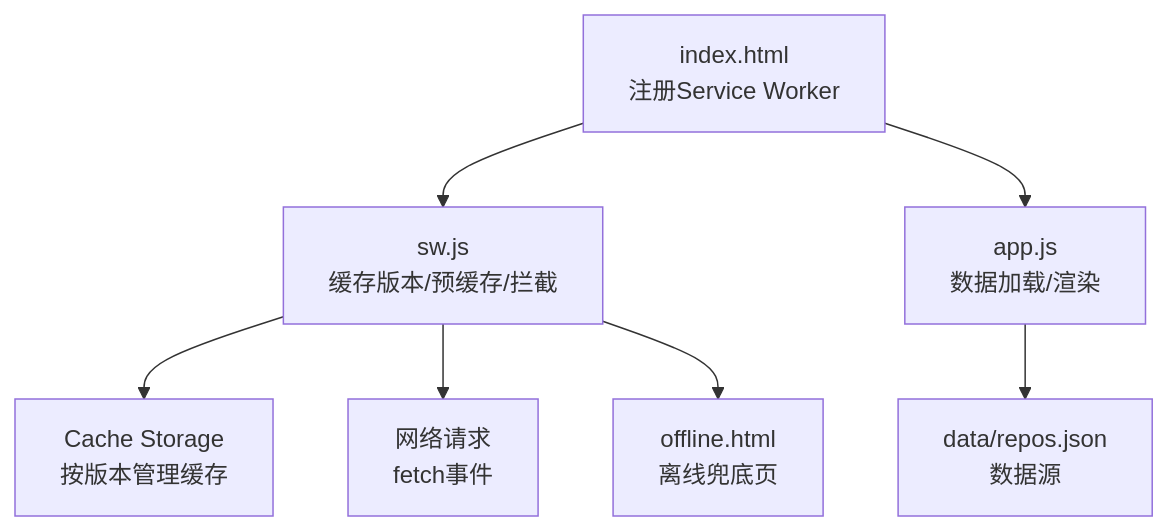
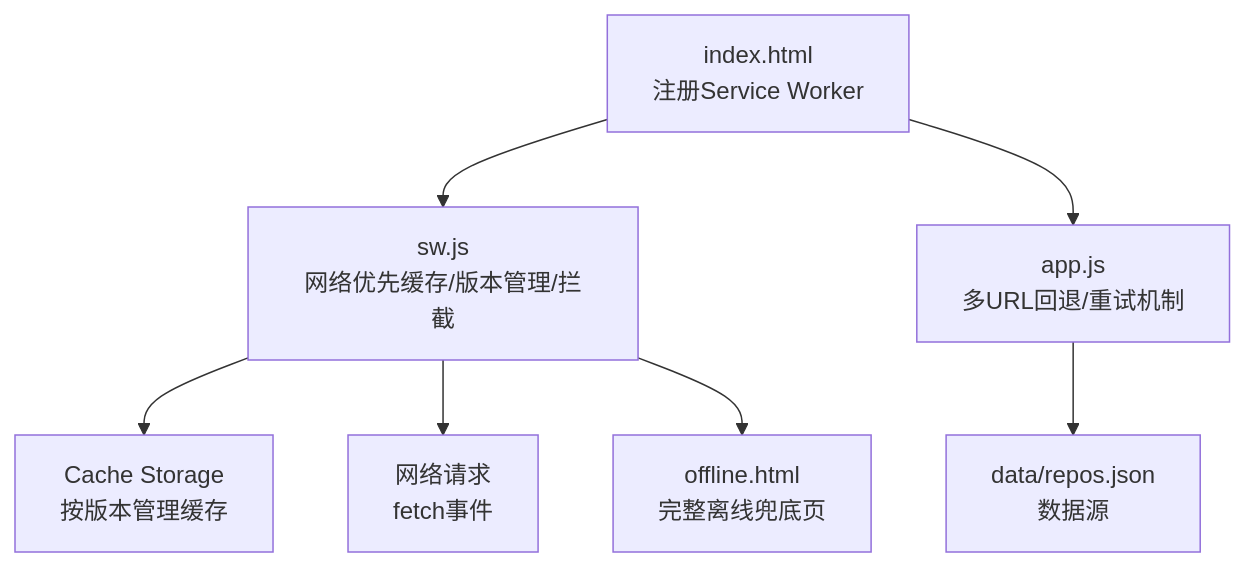
Before and after one commit to allengaller/repo-database: the first of 4 diagrams in .qoder/repowiki/zh/content/核心功能/用户体验优化/PWA离线支持.md, drawn with Mermaid. The commit also changed other lines of this file and 38 other files, not shown here.

````diff
--- a/.qoder/repowiki/zh/content/核心功能/用户体验优化/PWA离线支持.md
+++ b/.qoder/repowiki/zh/content/核心功能/用户体验优化/PWA离线支持.md
@@ -35,9 +45,9 @@
 ```mermaid
 graph TB
-A["index.html<br/>注册Service Worker"] --> B["sw.js<br/>缓存版本/预缓存/拦截"]
-A --> C["app.js<br/>数据加载/渲染"]
+A["index.html<br/>注册Service Worker"] --> B["sw.js<br/>网络优先缓存/版本管理/拦截"]
+A --> C["app.js<br/>多URL回退/重试机制"]
 B --> D["Cache Storage<br/>按版本管理缓存"]
 B --> E["网络请求<br/>fetch事件"]
 C --> F["data/repos.json<br/>数据源"]
-B --> G["offline.html<br/>离线兜底页"]
+B --> G["offline.html<br/>完整离线兜底页"]
 ```
````
